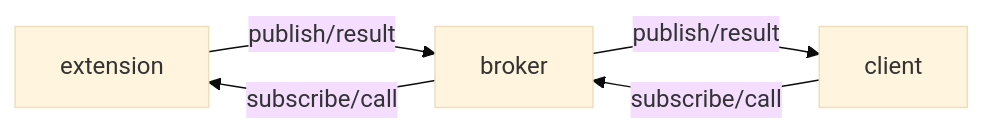
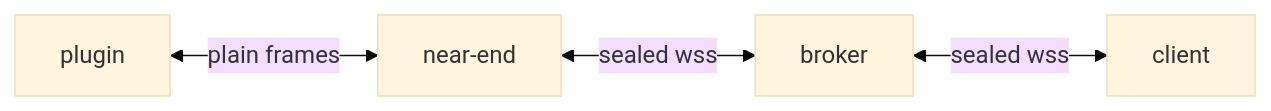
One commit to maceip/conduit changed the diagram in docs/diagrams/topology.mmd. Above: the diagram before and after it, drawn with Mermaid (base theme). The commit also changed 7 other files, not shown here.

Commit message:
docs: fix topology and sequence diagrams to match plugin -> near-end -> broker -> client

```diff
--- a/docs/diagrams/topology.mmd
+++ b/docs/diagrams/topology.mmd
@@ -1,5 +1,4 @@
 graph LR
-  E[extension] -->|publish/result| B[broker]
-  B -->|publish/result| C[client]
-  C -->|subscribe/call| B
-  B -->|subscribe/call| E
+  P[plugin] <-->|plain frames| N[near-end]
+  N <-->|sealed wss| B[broker]
+  B <-->|sealed wss| C[client]
```
